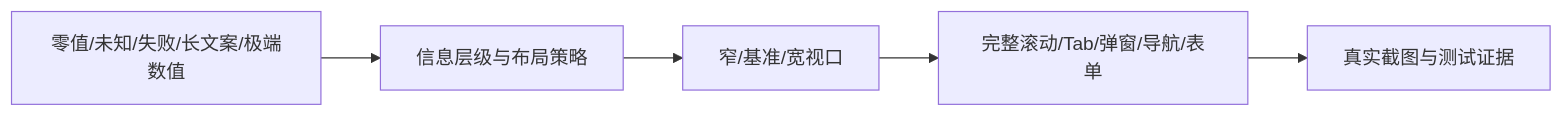
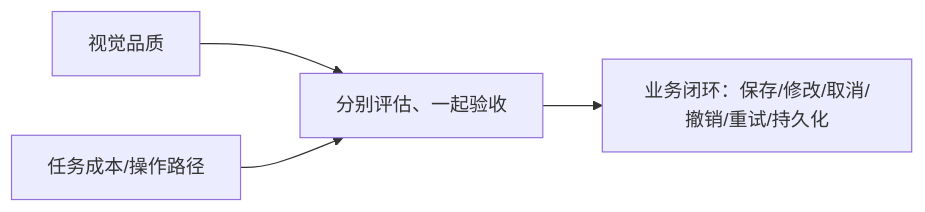
Before and after one commit to wszrw123/frontend-design-studio-skill: the fourth of 4 diagrams in docs/architecture.md, drawn with Mermaid. The commit also changed other lines of this file and 21 other files, not shown here.

````diff
--- a/docs/architecture.md
+++ b/docs/architecture.md
@@ -37,7 +48,6 @@
 ```mermaid
 flowchart LR
-  S["零值/未知/失败/长文案/极端数值"] --> L["信息层级与布局策略"]
-  L --> V["窄/基准/宽视口"]
-  V --> T["完整滚动/Tab/弹窗/导航/表单"]
-  T --> E["真实截图与测试证据"]
+  V["视觉品质"] --> E["分别评估、一起验收"]
+  T["任务成本/操作路径"] --> E
+  E --> B["业务闭环：保存/修改/取消/撤销/重试/持久化"]
 ```
````
